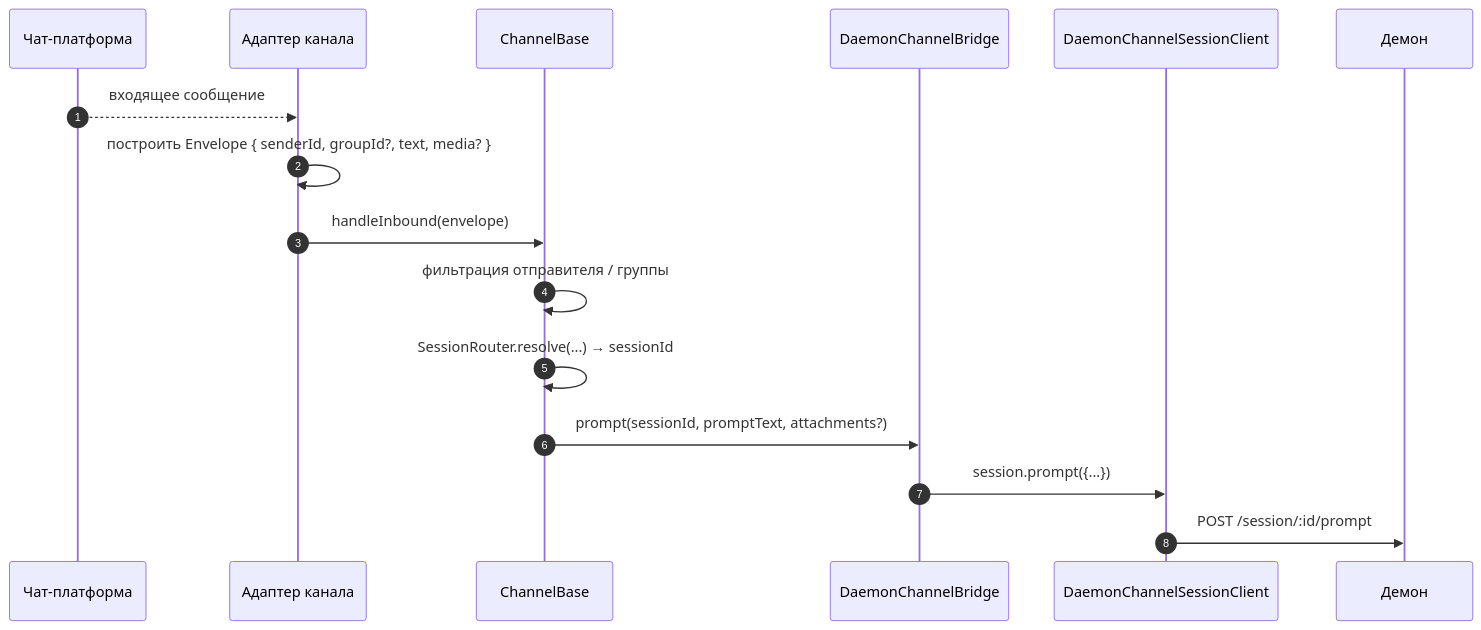
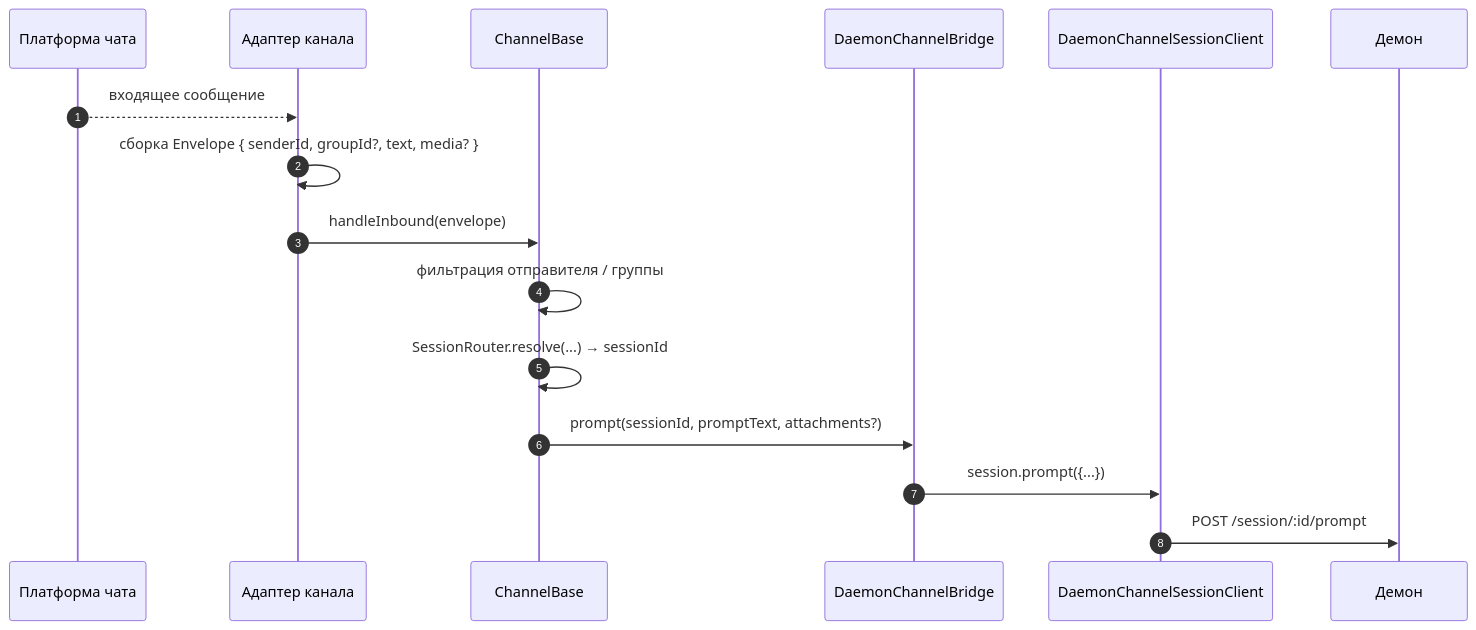
The first of 3 diagrams in website/content/ru/developers/daemon/15-channel-adapters.md (QwenLM/qwen-code-docs), drawn with Mermaid before and after one commit. The commit also changed other lines of this file and 128 other files, not shown here.

````diff
--- a/website/content/ru/developers/daemon/15-channel-adapters.md
+++ b/website/content/ru/developers/daemon/15-channel-adapters.md
@@ -93,19 +98,19 @@
 ```mermaid
 sequenceDiagram
     autonumber
-    participant CH as Чат-платформа
+    participant CH as Платформа чата
     participant AD as Адаптер канала
     participant CB as ChannelBase
     participant BR as DaemonChannelBridge
     participant SC as DaemonChannelSessionClient
     participant D as Демон
 
     CH-->>AD: входящее сообщение
-    AD->>AD: построить Envelope { senderId, groupId?, text, media? }
+    AD->>AD: сборка Envelope { senderId, groupId?, text, media? }
     AD->>CB: handleInbound(envelope)
     CB->>CB: фильтрация отправителя / группы
     CB->>CB: SessionRouter.resolve(...) → sessionId
     CB->>BR: prompt(sessionId, promptText, attachments?)
     BR->>SC: session.prompt({...})
     SC->>D: POST /session/:id/prompt
 ```
````
